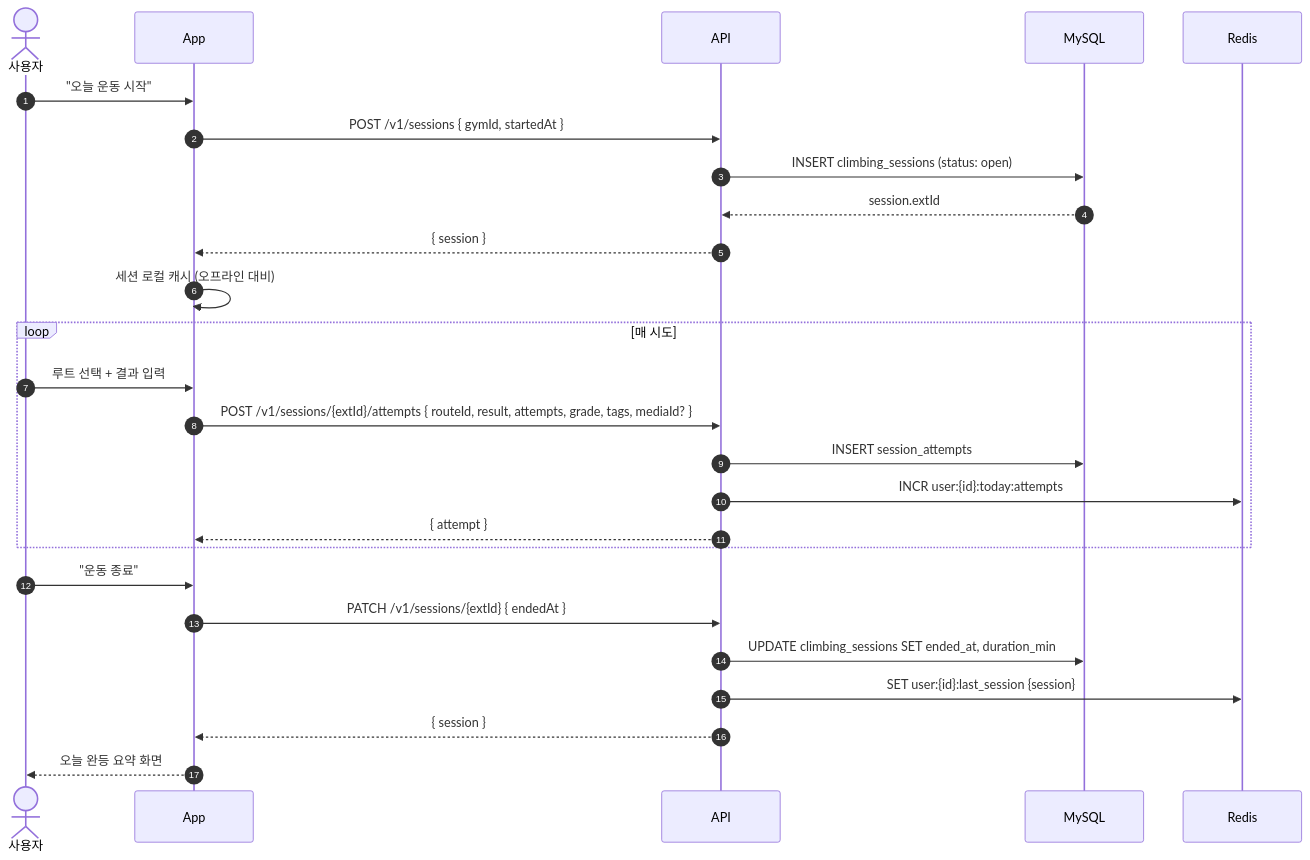
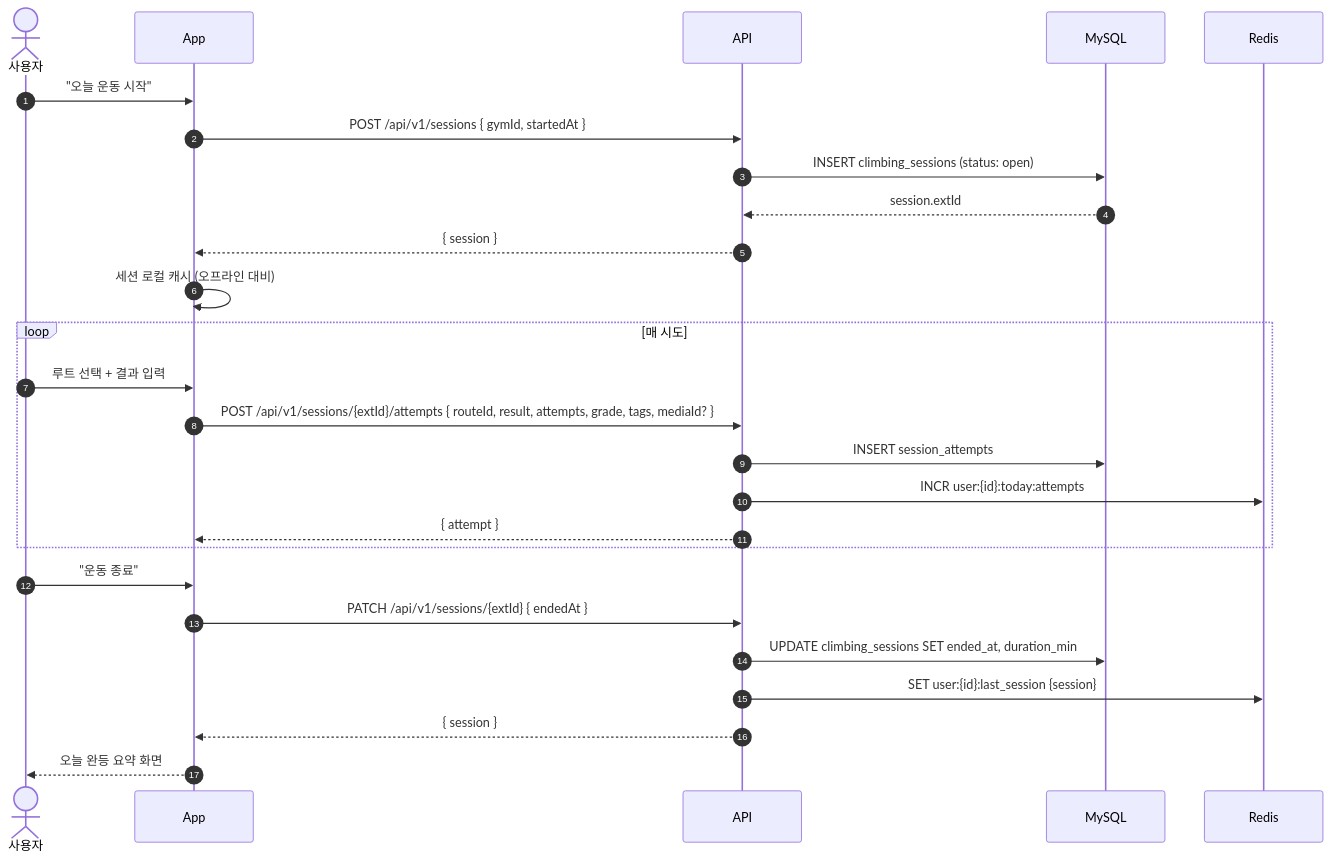
Before and after one commit to theo-ooooo/crimp: the first of 4 diagrams in docs/설계/sequence/session-log.md, drawn with Mermaid. The commit also changed other lines of this file and 5 other files, not shown here.

````diff
--- a/docs/설계/sequence/session-log.md
+++ b/docs/설계/sequence/session-log.md
@@ -10,31 +10,31 @@
 ```mermaid
 sequenceDiagram
     autonumber
     actor U as 사용자
     participant App
     participant API
     participant DB as MySQL
     participant Redis
 
     U->>App: "오늘 운동 시작"
-    App->>API: POST /v1/sessions { gymId, startedAt }
+    App->>API: POST /api/v1/sessions { gymId, startedAt }
     API->>DB: INSERT climbing_sessions (status: open)
     DB-->>API: session.extId
     API-->>App: { session }
     App->>App: 세션 로컬 캐시 (오프라인 대비)
 
     loop 매 시도
         U->>App: 루트 선택 + 결과 입력
-        App->>API: POST /v1/sessions/{extId}/attempts { routeId, result, attempts, grade, tags, mediaId? }
+        App->>API: POST /api/v1/sessions/{extId}/attempts { routeId, result, attempts, grade, tags, mediaId? }
         API->>DB: INSERT session_attempts
         API->>Redis: INCR user:{id}:today:attempts
         API-->>App: { attempt }
     end
 
     U->>App: "운동 종료"
-    App->>API: PATCH /v1/sessions/{extId} { endedAt }
+    App->>API: PATCH /api/v1/sessions/{extId} { endedAt }
     API->>DB: UPDATE climbing_sessions SET ended_at, duration_min
     API->>Redis: SET user:{id}:last_session {session}
     API-->>App: { session }
     App-->>U: 오늘 완등 요약 화면
 ```
````
